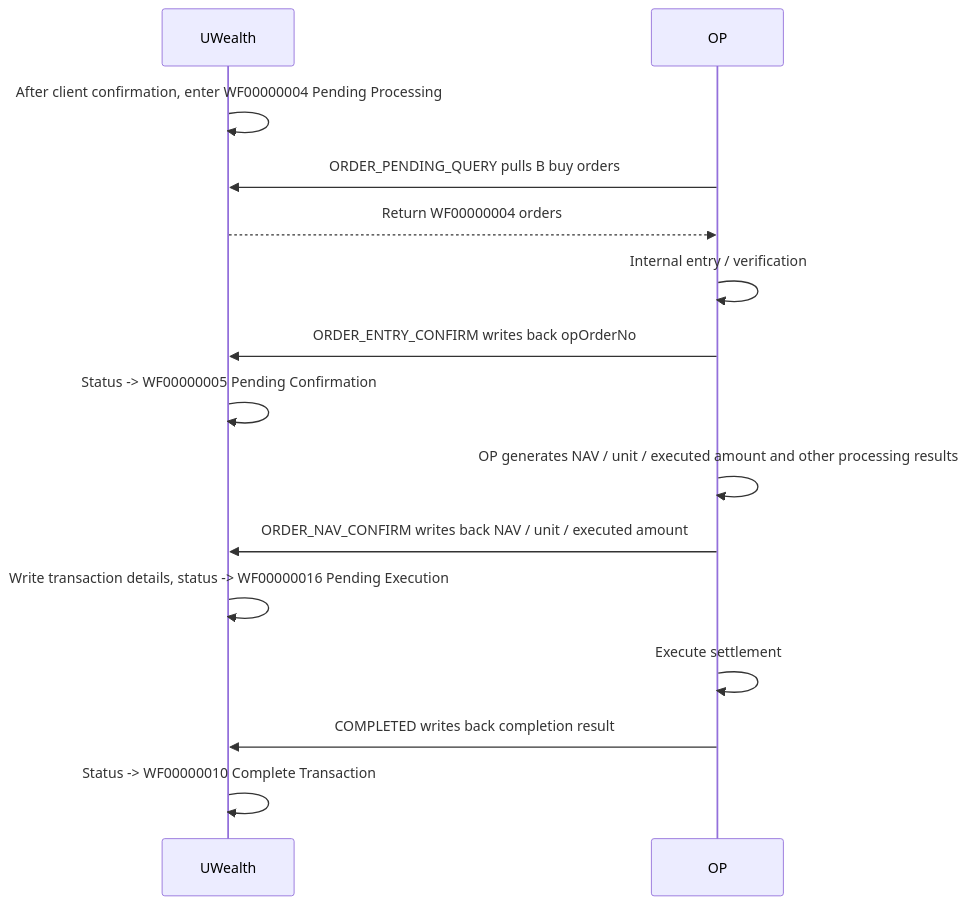
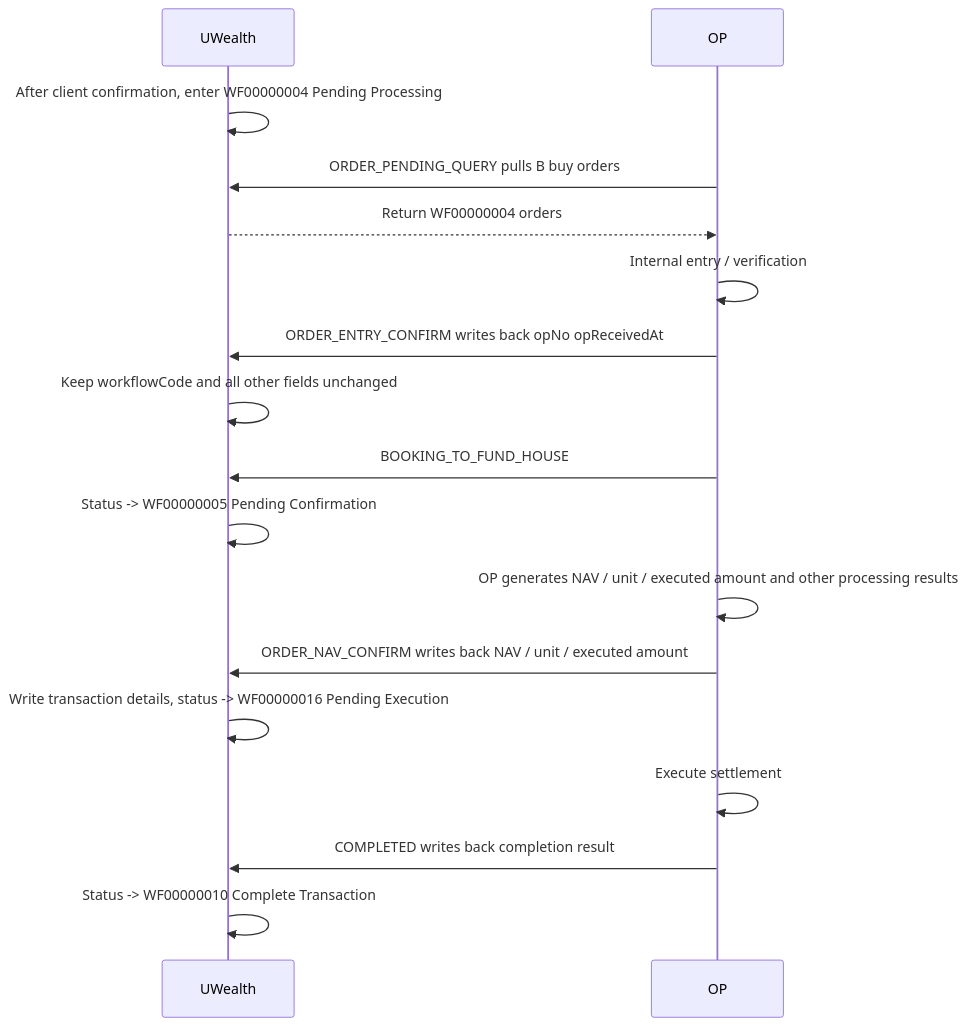
The first of 4 diagrams in op/UWealth_Unified_API_Demo_OP.md (J-summit/uw2--), drawn with Mermaid before and after one commit. The commit also changed other lines of this file, not shown here.

Commit message:
docs: update OP order flow diagrams

````diff
--- a/op/UWealth_Unified_API_Demo_OP.md
+++ b/op/UWealth_Unified_API_Demo_OP.md
@@ -39,18 +52,20 @@
 ```mermaid
 sequenceDiagram
     participant UW as UWealth
     participant OP as OP
 
     UW->>UW: After client confirmation, enter WF00000004 Pending Processing
     OP->>UW: ORDER_PENDING_QUERY pulls B buy orders
     UW-->>OP: Return WF00000004 orders
     OP->>OP: Internal entry / verification
-    OP->>UW: ORDER_ENTRY_CONFIRM writes back opOrderNo
+    OP->>UW: ORDER_ENTRY_CONFIRM writes back opNo opReceivedAt
+    UW->>UW: Keep workflowCode and all other fields unchanged
+    OP->>UW: BOOKING_TO_FUND_HOUSE
     UW->>UW: Status -> WF00000005 Pending Confirmation
     OP->>OP: OP generates NAV / unit / executed amount and other processing results
     OP->>UW: ORDER_NAV_CONFIRM writes back NAV / unit / executed amount
     UW->>UW: Write transaction details, status -> WF00000016 Pending Execution
     OP->>OP: Execute settlement
     OP->>UW: COMPLETED writes back completion result
     UW->>UW: Status -> WF00000010 Complete Transaction
 ```
````
